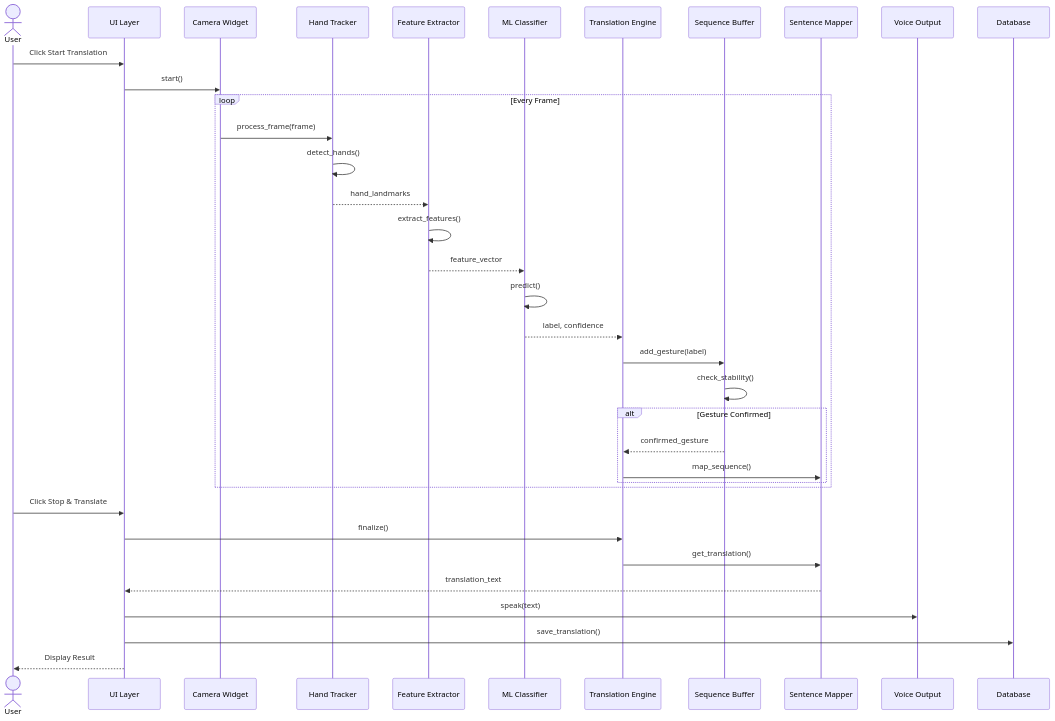
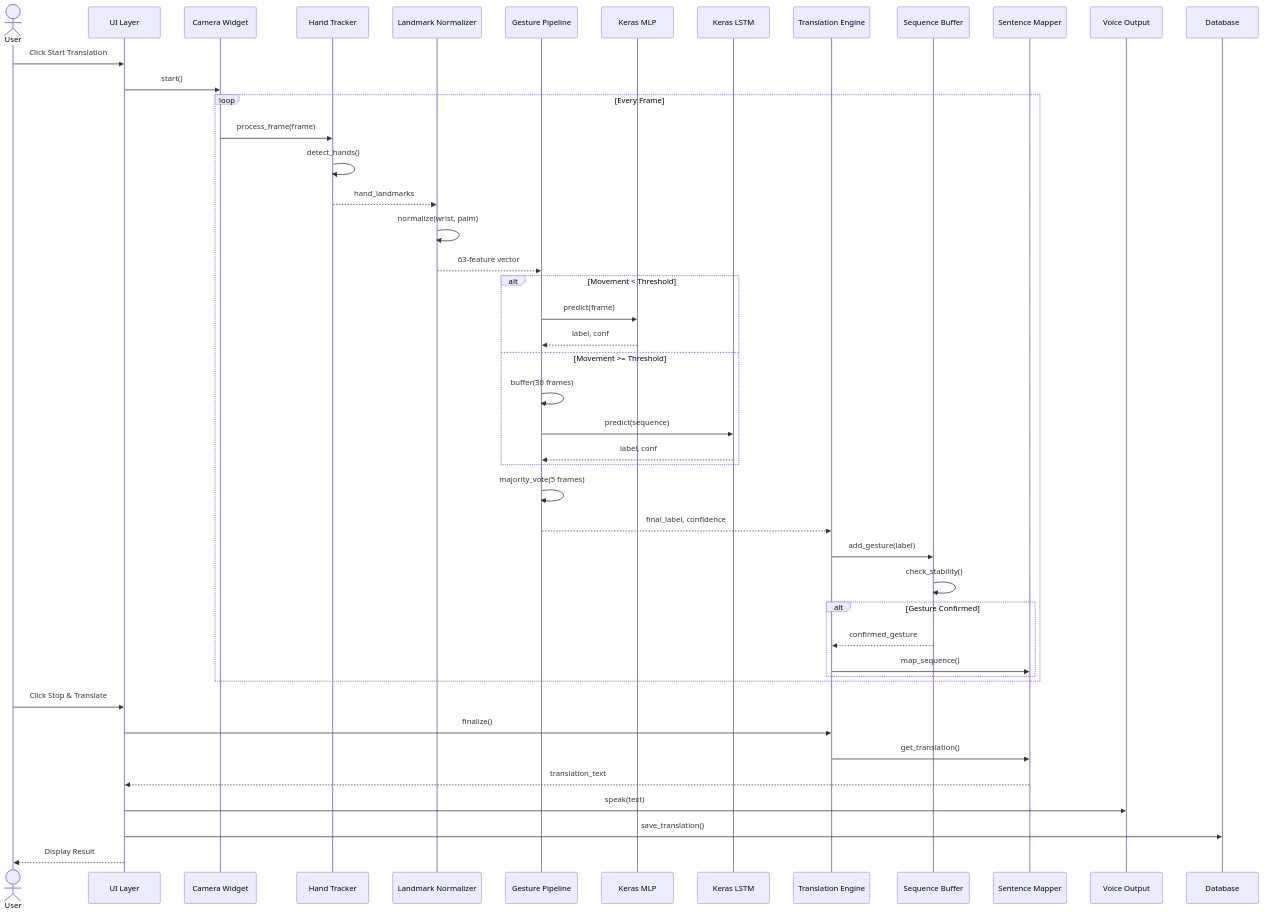
The sixth of 10 diagrams in DIAGRAMS.md (neeer4j/EmoSign), drawn with Mermaid before and after one commit. The commit also changed other lines of this file and 40 other files, not shown here.

Commit message:
Migration to TensorFlow/Keras pipeline, 63-feature landmark normalization, dynamic recording fixes, and tutorial UI enhancements

````diff
--- a/DIAGRAMS.md
+++ b/DIAGRAMS.md
@@ -221,42 +222,54 @@
 ```mermaid
 sequenceDiagram
     actor User
     participant UI as UI Layer
     participant Cam as Camera Widget
     participant Track as Hand Tracker
-    participant Feat as Feature Extractor
-    participant ML as ML Classifier
+    participant Norm as Landmark Normalizer
+    participant Pipe as Gesture Pipeline
+    participant MLP as Keras MLP
+    participant LSTM as Keras LSTM
     participant Eng as Translation Engine
     participant Buf as Sequence Buffer
     participant Map as Sentence Mapper
     participant Voice as Voice Output
     participant DB as Database
 
     User->>UI: Click Start Translation
     UI->>Cam: start()
     
     loop Every Frame
         Cam->>Track: process_frame(frame)
         Track->>Track: detect_hands()
-        Track-->>Feat: hand_landmarks
-        Feat->>Feat: extract_features()
-        Feat-->>ML: feature_vector
-        ML->>ML: predict()
-        ML-->>Eng: label, confidence
+        Track-->>Norm: hand_landmarks
+        Norm->>Norm: normalize(wrist, palm)
+        Norm-->>Pipe: 63-feature vector
+        
+        alt Movement < Threshold
+            Pipe->>MLP: predict(frame)
+            MLP-->>Pipe: label, conf
+        else Movement >= Threshold
+            Pipe->>Pipe: buffer(30 frames)
+            Pipe->>LSTM: predict(sequence)
+            LSTM-->>Pipe: label, conf
+        end
+
+        Pipe->>Pipe: majority_vote(5 frames)
+        Pipe-->>Eng: final_label, confidence
         Eng->>Buf: add_gesture(label)
         Buf->>Buf: check_stability()
         
         alt Gesture Confirmed
             Buf-->>Eng: confirmed_gesture
             Eng->>Map: map_sequence()
         end
     end
     
     User->>UI: Click Stop & Translate
     UI->>Eng: finalize()
     Eng->>Map: get_translation()
     Map-->>UI: translation_text
     UI->>Voice: speak(text)
     UI->>DB: save_translation()
     UI-->>User: Display Result
 ```
````
